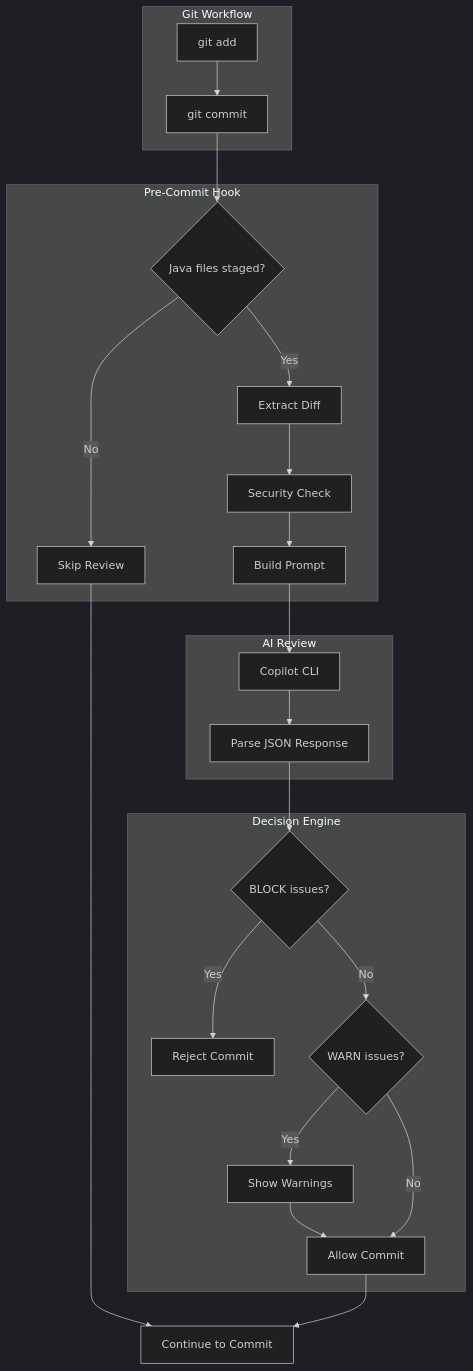
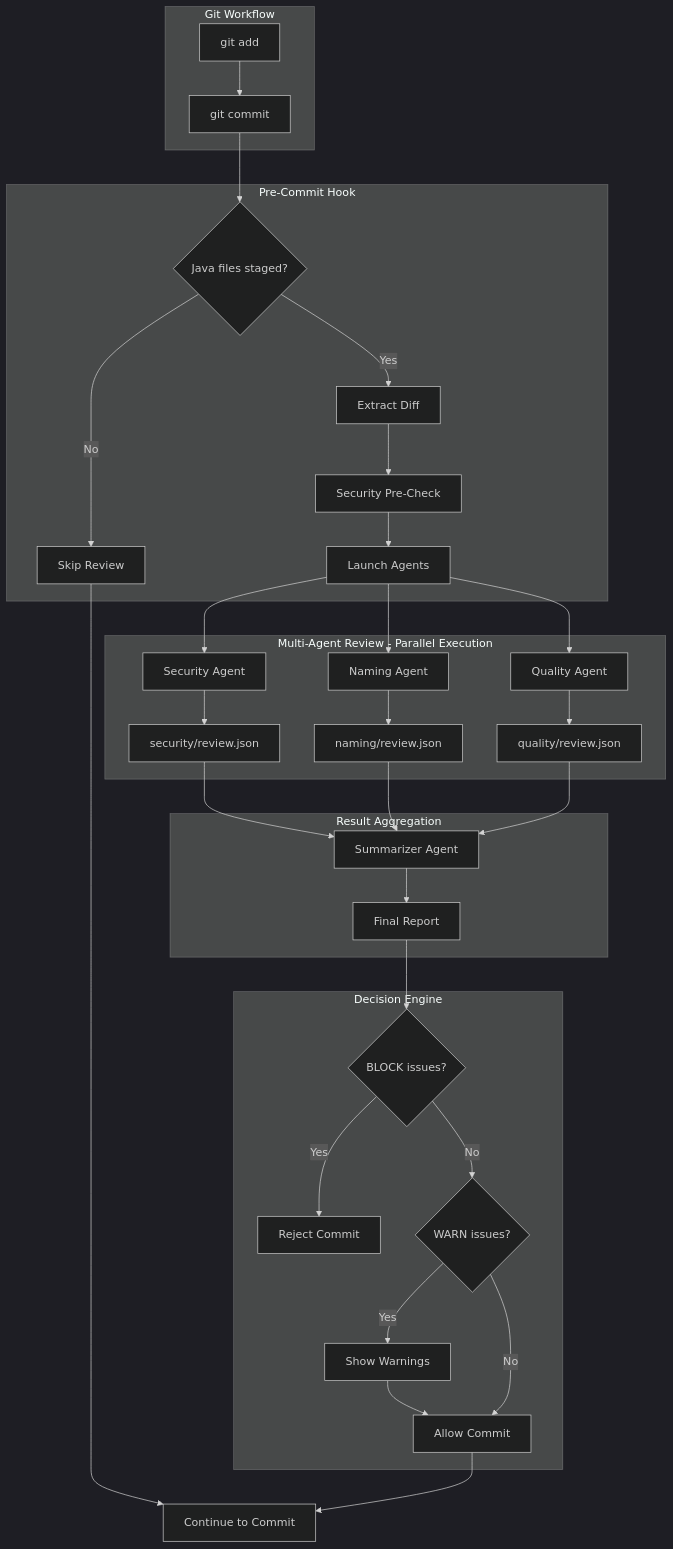
The first of 2 diagrams in docs/ARCHITECTURE.md (martinkl164/AI-Code-Review-CLI), drawn with Mermaid (dark theme) before and after one commit. The commit also changed other lines of this file and 11 other files, not shown here.

````diff
--- a/docs/ARCHITECTURE.md
+++ b/docs/ARCHITECTURE.md
@@ -7,31 +7,42 @@
 ```mermaid
 flowchart TB
     subgraph GitWorkflow[Git Workflow]
         A[git add] --> B[git commit]
     end
     
     subgraph PreCommitHook[Pre-Commit Hook]
         B --> C{Java files staged?}
         C -->|No| D[Skip Review]
         C -->|Yes| E[Extract Diff]
-        E --> F[Security Check]
-        F --> G[Build Prompt]
+        E --> F[Security Pre-Check]
+        F --> G[Launch Agents]
     end
     
-    subgraph AIReview[AI Review]
-        G --> H[Copilot CLI]
-        H --> I[Parse JSON Response]
+    subgraph MultiAgent[Multi-Agent Review - Parallel Execution]
+        G --> H1[Security Agent]
+        G --> H2[Naming Agent]
+        G --> H3[Quality Agent]
+        H1 --> I1[security/review.json]
+        H2 --> I2[naming/review.json]
+        H3 --> I3[quality/review.json]
+    end
+    
+    subgraph Aggregation[Result Aggregation]
+        I1 --> J[Summarizer Agent]
+        I2 --> J
+        I3 --> J
+        J --> K[Final Report]
     end
     
     subgraph Decision[Decision Engine]
-        I --> J{BLOCK issues?}
-        J -->|Yes| K[Reject Commit]
-        J -->|No| L{WARN issues?}
-        L -->|Yes| M[Show Warnings]
-        M --> N[Allow Commit]
-        L -->|No| N
+        K --> L{BLOCK issues?}
+        L -->|Yes| M[Reject Commit]
+        L -->|No| N{WARN issues?}
+        N -->|Yes| O[Show Warnings]
+        O --> P[Allow Commit]
+        N -->|No| P
     end
     
-    D --> O[Continue to Commit]
-    N --> O
+    D --> Q[Continue to Commit]
+    P --> Q
 ```
````
